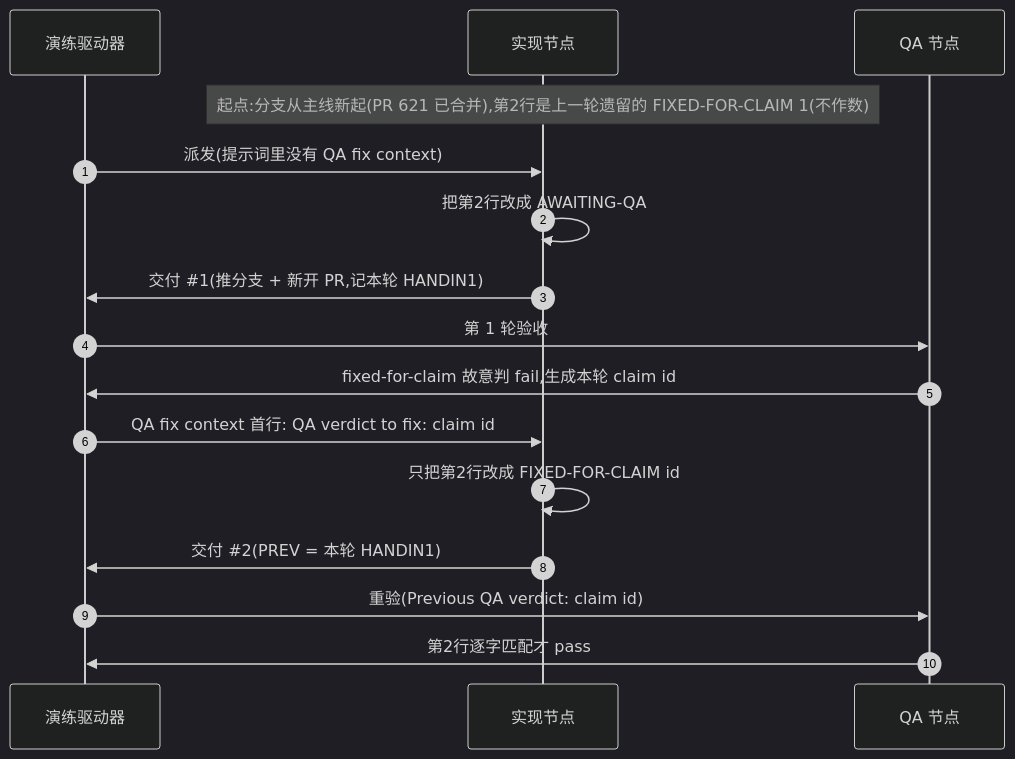
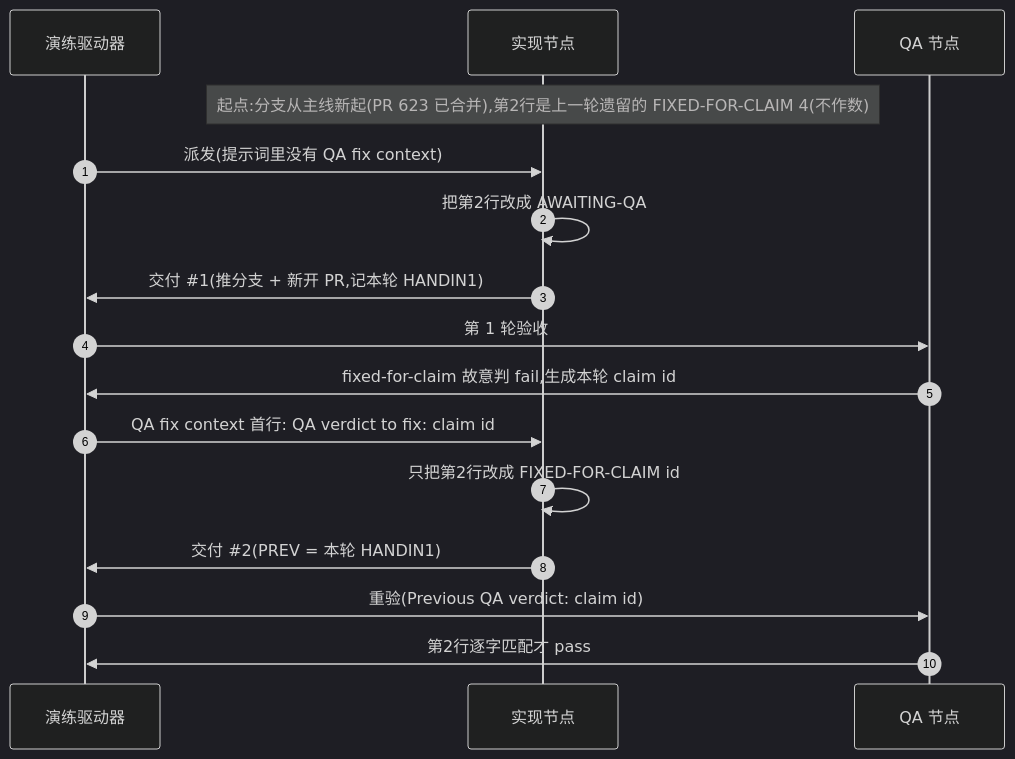
Before and after one commit to xrliAnnie/flywheel-qa-sandbox: the diagram in engineering/doc/FLY-3228-real-runner-drill/d1-core-flow.mmd, drawn with Mermaid (dark theme). The commit also changed 7 other files, not shown here.

```diff
--- a/engineering/doc/FLY-3228-real-runner-drill/d1-core-flow.mmd
+++ b/engineering/doc/FLY-3228-real-runner-drill/d1-core-flow.mmd
@@ -1,16 +1,16 @@
 sequenceDiagram
     autonumber
     participant D as 演练驱动器
     participant I as 实现节点
     participant Q as QA 节点
-    Note over I: 起点:分支从主线新起(PR 621 已合并),第2行是上一轮遗留的 FIXED-FOR-CLAIM 1(不作数)
+    Note over I: 起点:分支从主线新起(PR 623 已合并),第2行是上一轮遗留的 FIXED-FOR-CLAIM 4(不作数)
     D->>I: 派发(提示词里没有 QA fix context)
     I->>I: 把第2行改成 AWAITING-QA
     I->>D: 交付 #35;1(推分支 + 新开 PR,记本轮 HANDIN1)
     D->>Q: 第 1 轮验收
     Q->>D: fixed-for-claim 故意判 fail,生成本轮 claim id
     D->>I: QA fix context 首行: QA verdict to fix: claim id
     I->>I: 只把第2行改成 FIXED-FOR-CLAIM id
     I->>D: 交付 #35;2(PREV = 本轮 HANDIN1)
     D->>Q: 重验(Previous QA verdict: claim id)
     Q->>D: 第2行逐字匹配才 pass
```
